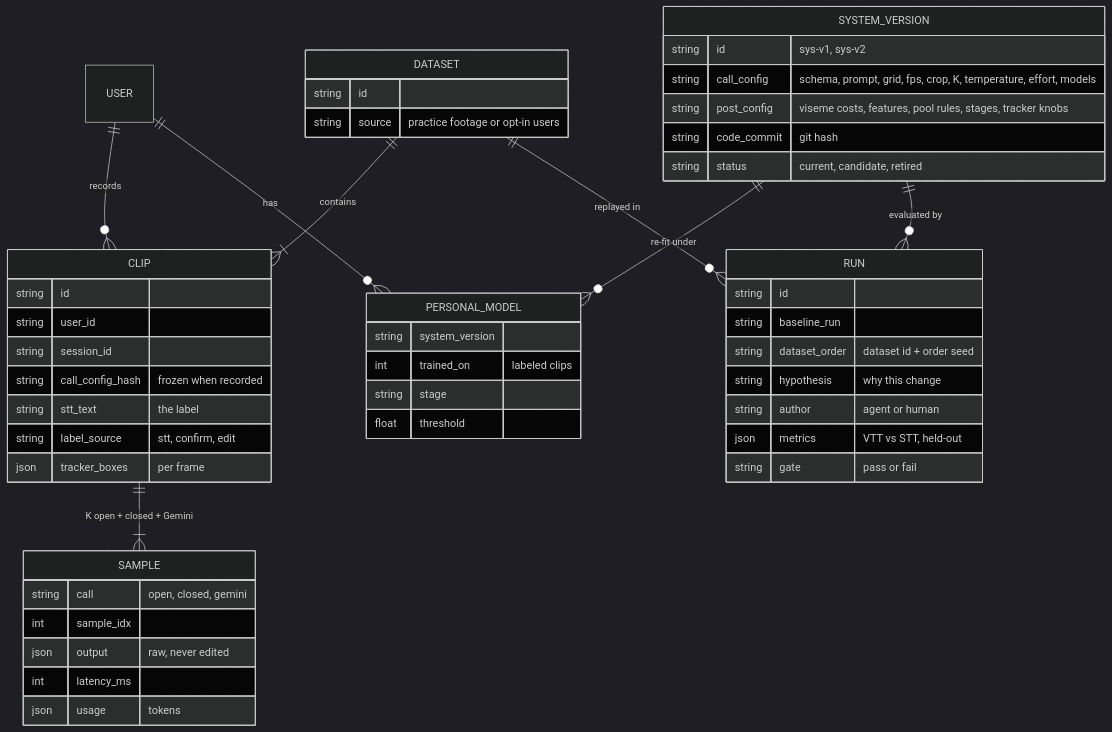
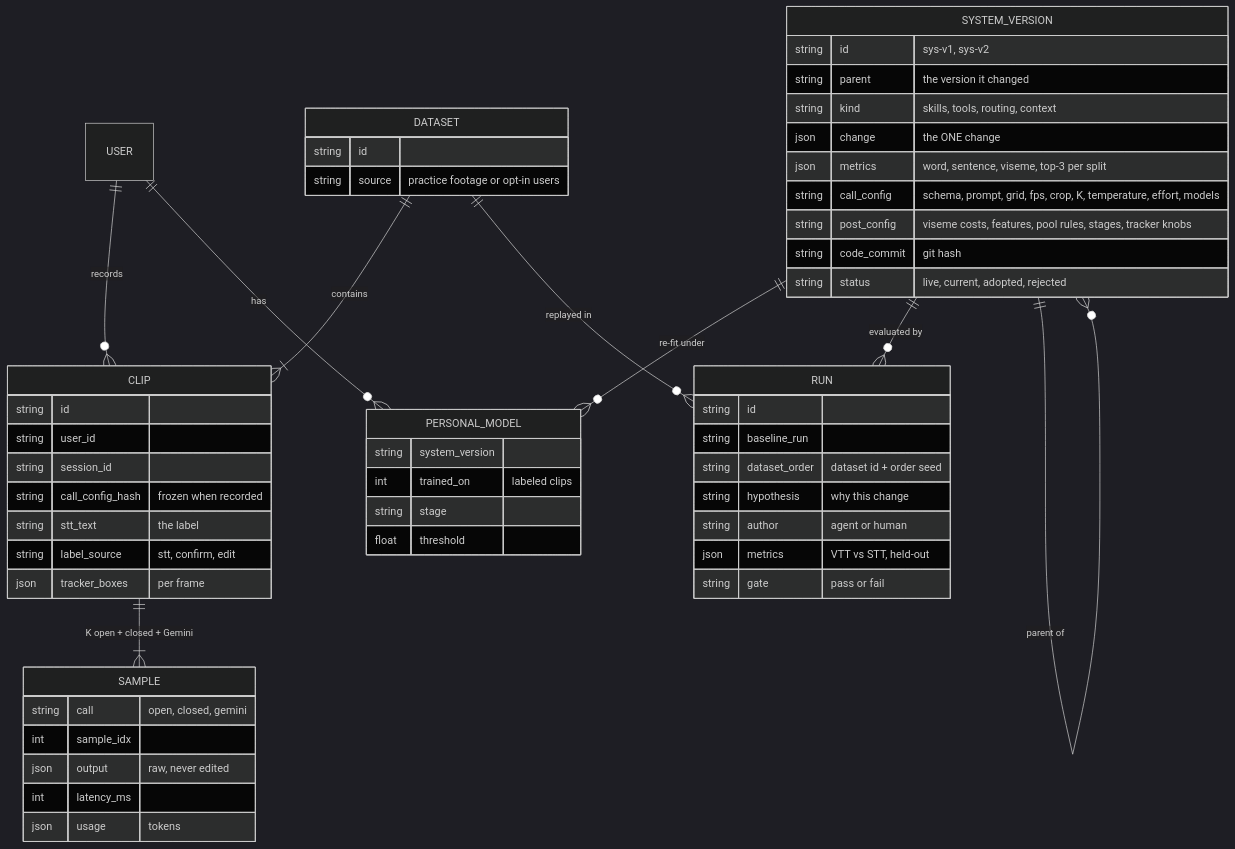
One commit to Darijan-Ducic/badge-machine changed the sixth of 7 diagrams in docs/pipeline.md. Above: the diagram before and after it, drawn with Mermaid (dark theme). The commit also changed 1 other file, not shown here.

Commit message:
docs: performance is versioning — every chart point is a version; live vs current pointers

````diff
--- a/docs/pipeline.md
+++ b/docs/pipeline.md
@@ -177,53 +177,58 @@
 ```mermaid
 erDiagram
   USER ||--o{ CLIP : records
   DATASET ||--|{ CLIP : contains
   CLIP ||--|{ SAMPLE : "K open + closed + Gemini"
   USER ||--o{ PERSONAL_MODEL : has
   SYSTEM_VERSION ||--o{ PERSONAL_MODEL : "re-fit under"
   SYSTEM_VERSION ||--o{ RUN : "evaluated by"
   DATASET ||--o{ RUN : "replayed in"
 
   CLIP {
     string id
     string user_id
     string session_id
     string call_config_hash "frozen when recorded"
     string stt_text "the label"
     string label_source "stt, confirm, edit"
     json tracker_boxes "per frame"
   }
   SAMPLE {
     string call "open, closed, gemini"
     int sample_idx
     json output "raw, never edited"
     int latency_ms
     json usage "tokens"
   }
+  SYSTEM_VERSION ||--o{ SYSTEM_VERSION : "parent of"
   SYSTEM_VERSION {
     string id "sys-v1, sys-v2"
+    string parent "the version it changed"
+    string kind "skills, tools, routing, context"
+    json change "the ONE change"
+    json metrics "word, sentence, viseme, top-3 per split"
     string call_config "schema, prompt, grid, fps, crop, K, temperature, effort, models"
     string post_config "viseme costs, features, pool rules, stages, tracker knobs"
     string code_commit "git hash"
-    string status "current, candidate, retired"
+    string status "live, current, adopted, rejected"
   }
   PERSONAL_MODEL {
     string system_version
     int trained_on "labeled clips"
     string stage
     float threshold
   }
   RUN {
     string id
     string baseline_run
     string dataset_order "dataset id + order seed"
     string hypothesis "why this change"
     string author "agent or human"
     json metrics "VTT vs STT, held-out"
     string gate "pass or fail"
   }
   DATASET {
     string id
     string source "practice footage or opt-in users"
   }
 ```
````
